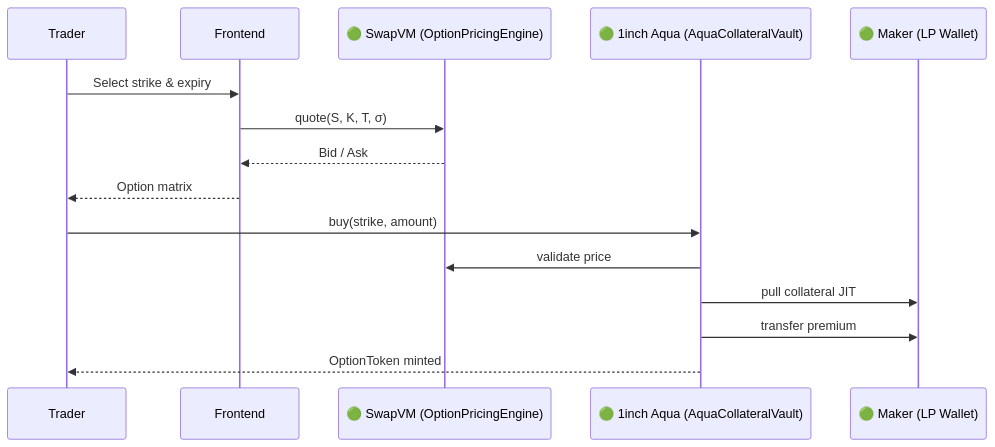
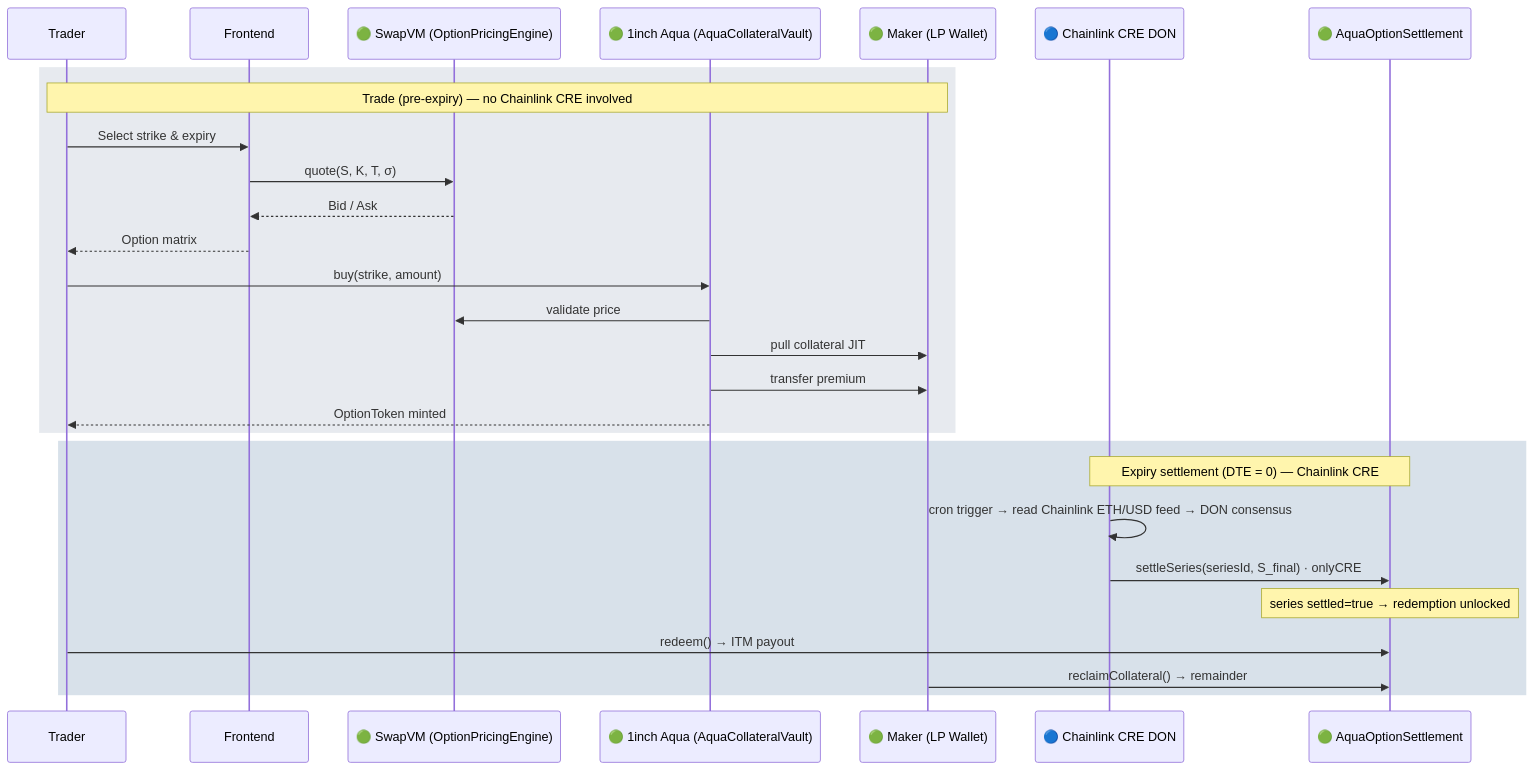
The first of 7 diagrams in README.md (oslinin/Smile), drawn with Mermaid before and after one commit. The commit also changed other lines of this file, not shown here.

First line of the commit message:
Document verified CRE CLI simulation in README §6

````diff
--- a/README.md
+++ b/README.md
@@ -129,18 +129,32 @@
 ```mermaid
 sequenceDiagram
     participant Trader
     participant Frontend
     participant SwapVM as 🟢 SwapVM (OptionPricingEngine)
     participant Aqua as 🟢 1inch Aqua (AquaCollateralVault)
     participant Maker as 🟢 Maker (LP Wallet)
+    participant CRE as 🔵 Chainlink CRE DON
+    participant Settle as 🟢 AquaOptionSettlement
 
+    rect rgba(60,80,120,0.12)
+    Note over Trader,Maker: Trade (pre-expiry) — no Chainlink CRE involved
     Trader->>Frontend: Select strike & expiry
     Frontend->>SwapVM: quote(S, K, T, σ)
     SwapVM-->>Frontend: Bid / Ask
     Frontend-->>Trader: Option matrix
     Trader->>Aqua: buy(strike, amount)
     Aqua->>SwapVM: validate price
     Aqua->>Maker: pull collateral JIT
     Aqua->>Maker: transfer premium
     Aqua-->>Trader: OptionToken minted
+    end
+
+    rect rgba(40,90,140,0.18)
+    Note over CRE,Settle: Expiry settlement (DTE = 0) — Chainlink CRE
+    CRE->>CRE: cron trigger → read Chainlink ETH/USD feed → DON consensus
+    CRE->>Settle: settleSeries(seriesId, S_final) · onlyCRE
+    Note over Settle: series settled=true → redemption unlocked
+    Trader->>Settle: redeem() → ITM payout
+    Maker->>Settle: reclaimCollateral() → remainder
+    end
 ```
````
